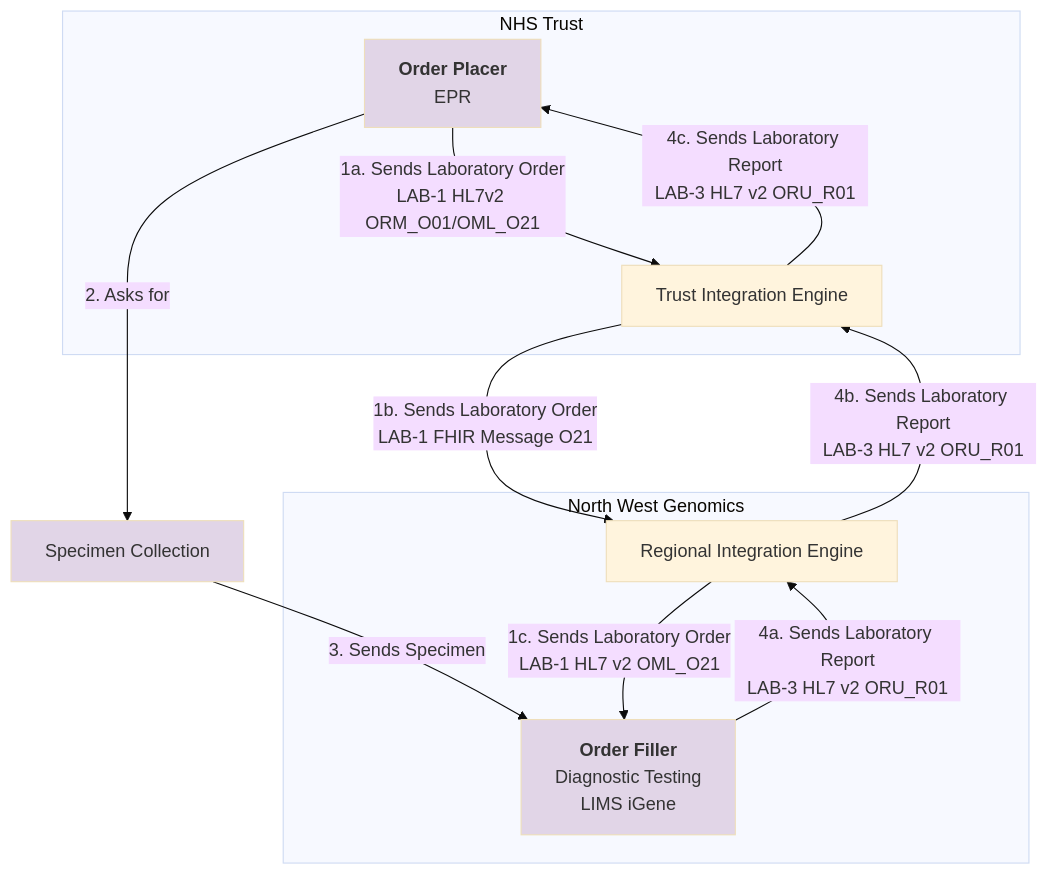
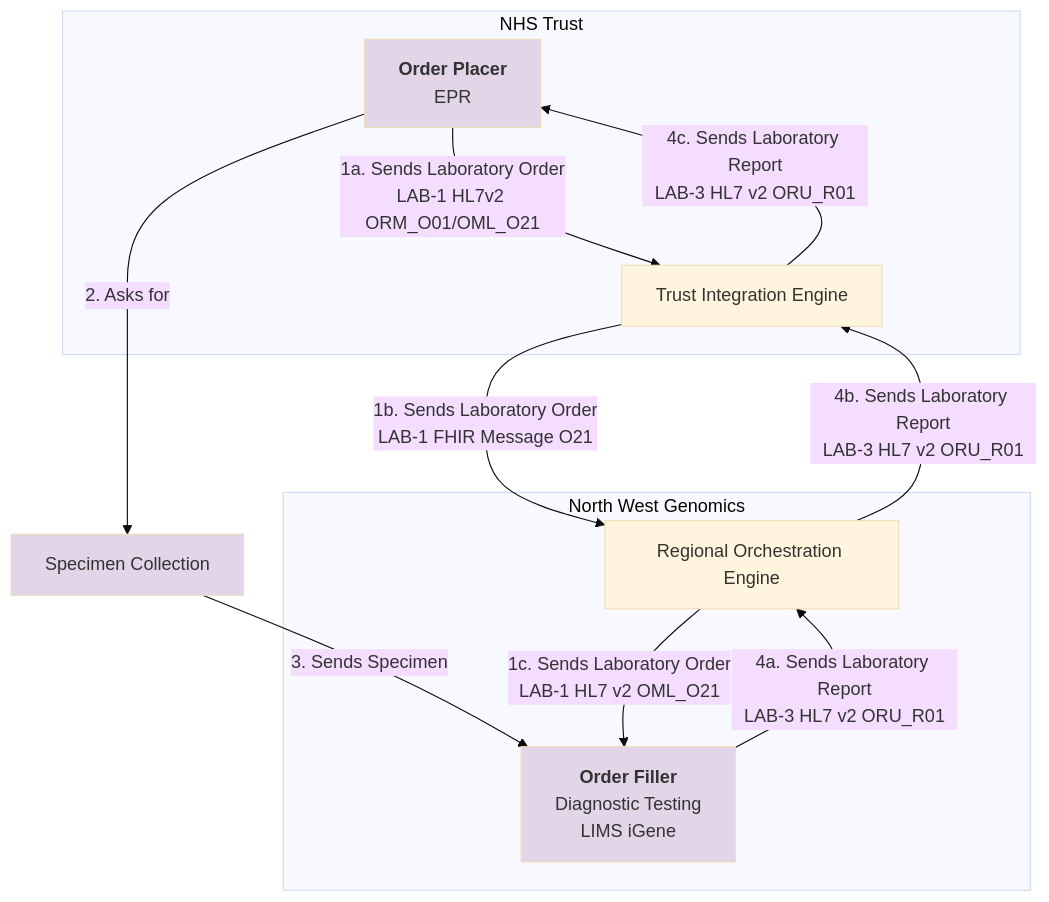
Before and after one commit to uk-gov-mirror/nw-gmsa.nw-gmsa.github.com: the second of 7 diagrams in input/pagecontent/business-analysis.md, drawn with Mermaid (base theme). The commit also changed other lines of this file and 55 other files, not shown here.

````diff
--- a/input/pagecontent/business-analysis.md
+++ b/input/pagecontent/business-analysis.md
@@ -238,36 +238,36 @@
 ```mermaid
 graph TD;
 
     subgraph NHSTrust[NHS Trust]
         T[<b>Order Placer</b><br/>EPR]--> |"1a. Sends Laboratory Order<br>LAB-1 HL7v2 ORM_O01/OML_O21"| TIE;
         TIE[Trust Integration Engine] 
         TIE--> |4c. Sends Laboratory Report<br/>LAB-3 HL7 v2 ORU_R01| T;
     end
     TIE --> |"1b. Sends Laboratory Order<br>LAB-1 FHIR Message O21"| RIE;
     T --> |2. Asks for| S
     S[Specimen Collection] --> |3. Sends Specimen| AN;
     subgraph NWGenomics[North West Genomics]
         RIE --> |"1c. Sends Laboratory Order<br>LAB-1 HL7 v2 OML_O21"| AN;
         AN["<b>Order Filler</b><br/>Diagnostic Testing<br/>LIMS iGene"] --> |4a. Sends Laboratory Report<br/>LAB-3 HL7 v2 ORU_R01| RIE;
-        RIE[Regional Integration Engine] --> |4b. Sends Laboratory Report<br/>LAB-3 HL7 v2 ORU_R01| TIE;
+        RIE[Regional Orchestration Engine] --> |4b. Sends Laboratory Report<br/>LAB-3 HL7 v2 ORU_R01| TIE;
     end 
     click T Questionnaire-GenomicTestOrder.html
     click AN Questionnaire-GenomicTestReport.html
     click S ExampleScenario-BiopsyProcedure.html
 
     classDef purple fill:#E1D5E7;
 
     classDef yellow fill:#FFF2CC;
     classDef pink fill:#F8CECC
     classDef green fill:#D5E8D4;
     classDef blue fill:#DAE8FC;
     classDef orange fill:#FFE6CC;
 
     class A pink
     class B yellow
     class C green
     class D blue
     class E orange
 
     class O,S,T,AN purple
 ```
````
